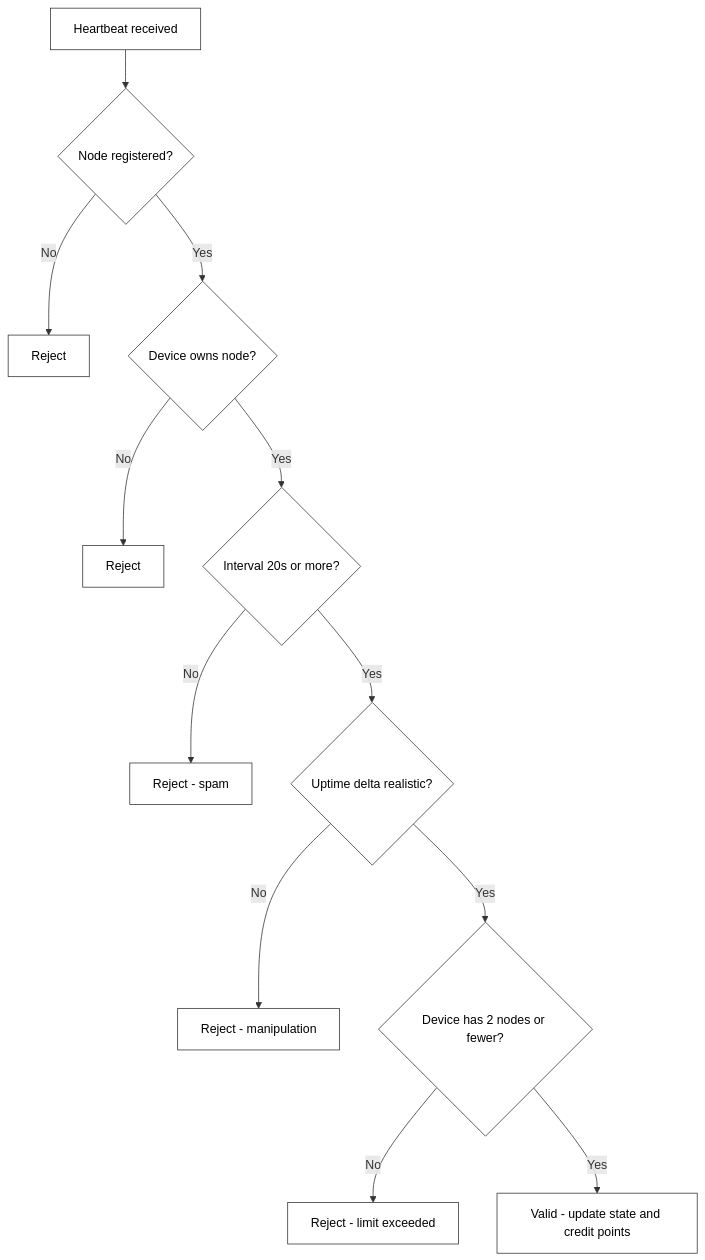
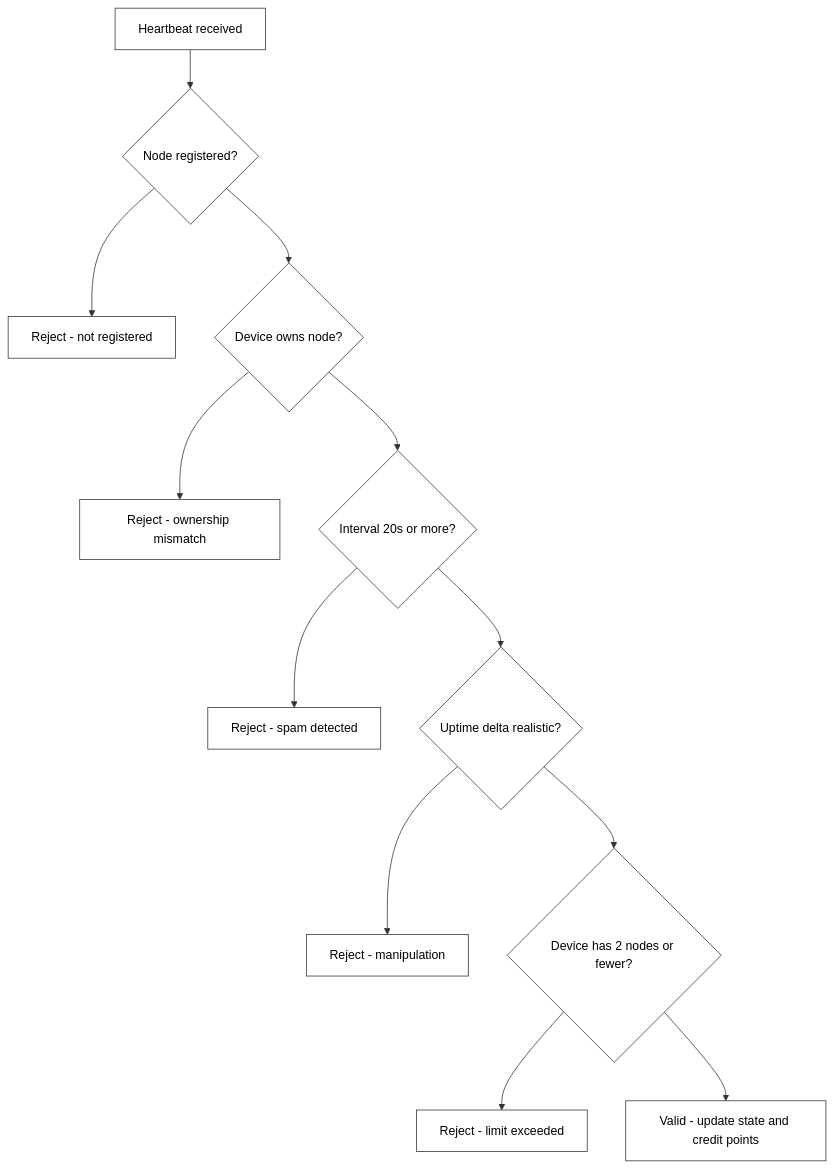
The third of 4 diagrams in node-behavior.md (Nexora-Node/Docs), drawn with Mermaid before and after one commit. The commit also changed other lines of this file and 5 other files, not shown here.

````diff
--- a/node-behavior.md
+++ b/node-behavior.md
@@ -63,27 +63,27 @@
 ```mermaid
 flowchart TD
     A[Heartbeat received] --> B{Node registered?}
-    B -->|No| B1[Reject]
-    B -->|Yes| C{Device owns node?}
-    C -->|No| C1[Reject]
-    C -->|Yes| D{Interval 20s or more?}
-    D -->|No| D1[Reject - spam]
-    D -->|Yes| E{Uptime delta realistic?}
-    E -->|No| E1[Reject - manipulation]
-    E -->|Yes| F{Device has 2 nodes or fewer?}
-    F -->|No| F1[Reject - limit exceeded]
-    F -->|Yes| G[Valid - update state and credit points]
+    B --> B1[Reject - not registered]
+    B --> C{Device owns node?}
+    C --> C1[Reject - ownership mismatch]
+    C --> D{Interval 20s or more?}
+    D --> D1[Reject - spam detected]
+    D --> E{Uptime delta realistic?}
+    E --> E1[Reject - manipulation]
+    E --> F{Device has 2 nodes or fewer?}
+    F --> F1[Reject - limit exceeded]
+    F --> G[Valid - update state and credit points]
 
     style A fill:#fff,stroke:#333,color:#000
     style B fill:#fff,stroke:#333,color:#000
     style B1 fill:#fff,stroke:#333,color:#000
     style C fill:#fff,stroke:#333,color:#000
     style C1 fill:#fff,stroke:#333,color:#000
     style D fill:#fff,stroke:#333,color:#000
     style D1 fill:#fff,stroke:#333,color:#000
     style E fill:#fff,stroke:#333,color:#000
     style E1 fill:#fff,stroke:#333,color:#000
     style F fill:#fff,stroke:#333,color:#000
     style F1 fill:#fff,stroke:#333,color:#000
     style G fill:#fff,stroke:#333,color:#000
 ```
````
